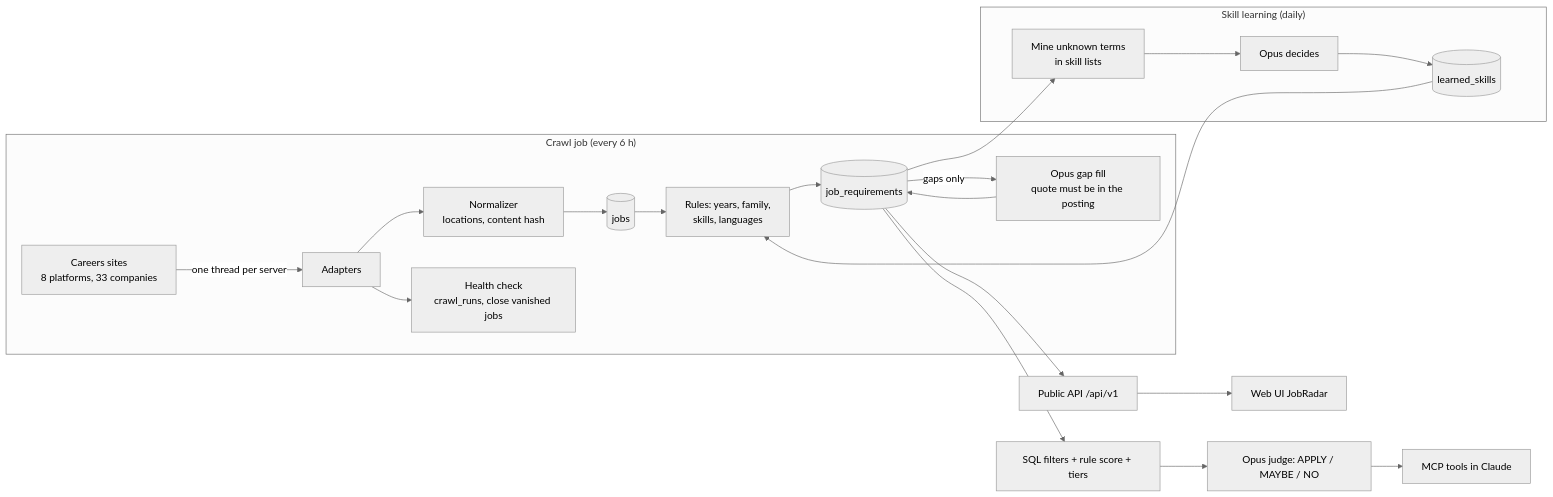
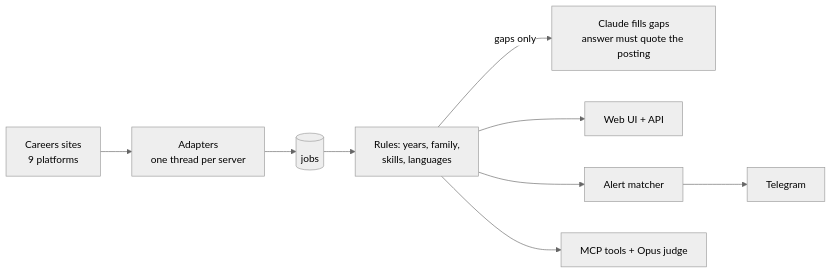
The diagram in README.md (Saksham023/job-agent), drawn with Mermaid (neutral theme) before and after one commit. The commit also changed other lines of this file and 2 other files, not shown here.

````diff
--- a/README.md
+++ b/README.md
@@ -22,22 +21,10 @@
 ```mermaid
 flowchart LR
-    subgraph Crawl["Crawl job (every 6 h)"]
-        A[Careers sites<br/>8 platforms, 33 companies] -->|one thread per server| B[Adapters]
-        B --> C[Normalizer<br/>locations, content hash]
-        C --> D[(jobs)]
-        D --> E[Rules: years, family,<br/>skills, languages]
-        E --> F[(job_requirements)]
-        F -->|gaps only| G[Opus gap fill<br/>quote must be in the posting]
-        G --> F
-        B --> H[Health check<br/>crawl_runs, close vanished jobs]
-    end
-    subgraph Learn["Skill learning (daily)"]
-        F --> I[Mine unknown terms<br/>in skill lists]
-        I --> J[Opus decides] --> K[(learned_skills)]
-        K --> E
-    end
-    F --> L[SQL filters + rule score + tiers]
-    L --> M[Opus judge: APPLY / MAYBE / NO]
-    M --> N[MCP tools in Claude]
-    F --> O[Public API /api/v1] --> P[Web UI JobRadar]
+    A[Careers sites<br/>9 platforms] --> B[Adapters<br/>one thread per server]
+    B --> C[(jobs)]
+    C --> D[Rules: years, family,<br/>skills, languages]
+    D -->|gaps only| E[Claude fills gaps<br/>answer must quote the posting]
+    D --> F[Web UI + API]
+    D --> G[Alert matcher] --> H[Telegram]
+    D --> I[MCP tools + Opus judge]
 ```
````
